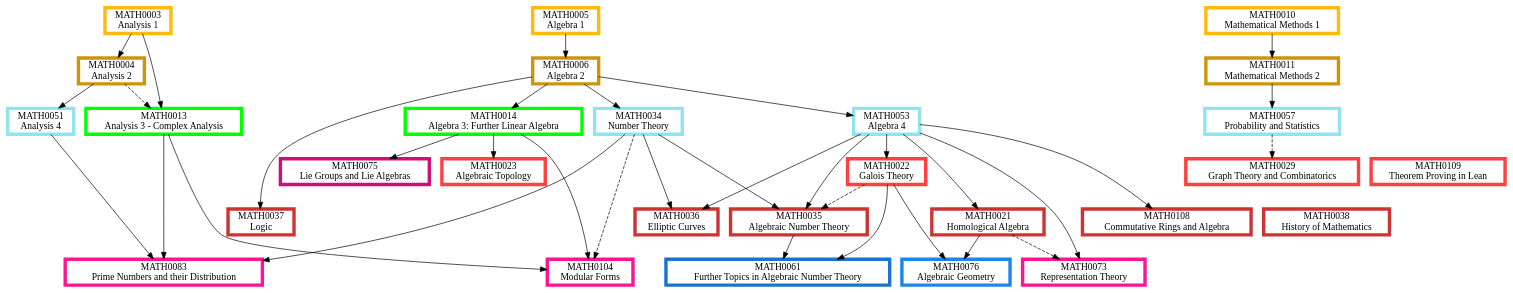
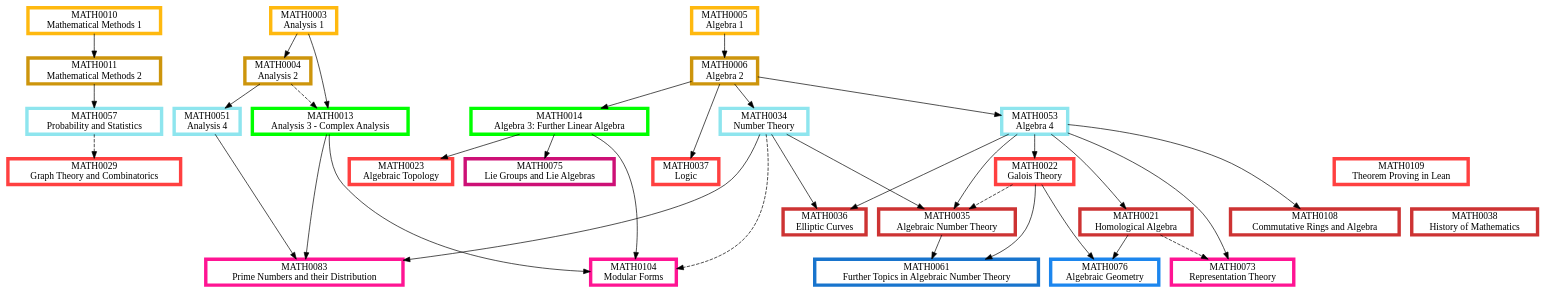
Before and after one commit to matthew-towers/pathways: the diagram in Algebra.dot, drawn with Graphviz. The commit also changed 13 other files, not shown here.

```diff
--- a/Algebra.dot
+++ b/Algebra.dot
@@ -1,123 +1,123 @@
 digraph {
 	node [fillcolor=white penwidth=5 shape=box style="filled,bold"]
 	subgraph "1.0 1" {
 		rank=same
-		MATH0003 [label="MATH0003
-Analysis 1" color=darkgoldenrod1 href="https://www.ucl.ac.uk/mathematical-physical-sciences/sites/mathematical_physical_sciences/files/math0003.pdf" tooltip="Year 1, term 1"]
 		MATH0010 [label="MATH0010
 Mathematical Methods 1" color=darkgoldenrod1 href="https://www.ucl.ac.uk/mathematical-physical-sciences/sites/mathematical_physical_sciences/files/math0010.pdf" tooltip="Year 1, term 1"]
+		MATH0003 [label="MATH0003
+Analysis 1" color=darkgoldenrod1 href="https://www.ucl.ac.uk/mathematical-physical-sciences/sites/mathematical_physical_sciences/files/2025-09/math0003.pdf" tooltip="Year 1, term 1"]
 		MATH0005 [label="MATH0005
-Algebra 1" color=darkgoldenrod1 href="https://www.ucl.ac.uk/mathematical-physical-sciences/sites/mathematical_physical_sciences/files/math0005.pdf" tooltip="Year 1, term 1"]
+Algebra 1" color=darkgoldenrod1 href="https://www.ucl.ac.uk/mathematical-physical-sciences/sites/mathematical_physical_sciences/files/2025-09/math0005 syllabus.pdf" tooltip="Year 1, term 1"]
 	}
+	MATH0005 -> MATH0006 [tooltip="required prerequisite"]
 	MATH0010 -> MATH0011 [tooltip="required prerequisite"]
-	MATH0005 -> MATH0006 [tooltip="required prerequisite"]
 	MATH0003 -> MATH0004 [tooltip="required prerequisite"]
 	subgraph "1.0 2" {
 		rank=same
-		MATH0011 [label="MATH0011
-Mathematical Methods 2" color=darkgoldenrod3 href="https://www.ucl.ac.uk/mathematical-physical-sciences/sites/mathematical_physical_sciences/files/math0011_2.pdf" tooltip="Year 1, term 2"]
 		MATH0006 [label="MATH0006
 Algebra 2" color=darkgoldenrod3 href="https://www.ucl.ac.uk/mathematical-physical-sciences/sites/mathematical_physical_sciences/files/math0006.pdf" tooltip="Year 1, term 2"]
+		MATH0011 [label="MATH0011
+Mathematical Methods 2" color=darkgoldenrod3 href="https://www.ucl.ac.uk/mathematical-physical-sciences/sites/mathematical_physical_sciences/files/math0011_3.pdf" tooltip="Year 1, term 2"]
 		MATH0004 [label="MATH0004
 Analysis 2" color=darkgoldenrod3 href="https://www.ucl.ac.uk/mathematical-physical-sciences/sites/mathematical_physical_sciences/files/math0004.pdf" tooltip="Year 1, term 2"]
 	}
+	MATH0006 -> MATH0014 [tooltip="required prerequisite"]
 	MATH0003 -> MATH0013 [tooltip="required prerequisite"]
 	MATH0004 -> MATH0013 [style=dashed tooltip="recommended prerequisite"]
-	MATH0006 -> MATH0014 [tooltip="required prerequisite"]
 	subgraph "2.0 1" {
 		rank=same
+		MATH0014 [label="MATH0014
+Algebra 3: Further Linear Algebra" color=green1 href="https://www.ucl.ac.uk/mathematical-physical-sciences/sites/mathematical_physical_sciences/files/2025-09/math0014_0.pdf" tooltip="Year 2, term 1"]
 		MATH0013 [label="MATH0013
-Analysis 3 - Complex Analysis" color=green1 href="https://www.ucl.ac.uk/mathematical-physical-sciences/sites/mathematical_physical_sciences/files/math0013.pdf" tooltip="Year 2, term 1"]
-		MATH0014 [label="MATH0014
-Algebra 3: Further Linear Algebra" color=green1 href="https://www.ucl.ac.uk/mathematical-physical-sciences/sites/mathematical_physical_sciences/files/math0014.pdf" tooltip="Year 2, term 1"]
+Analysis 3 - Complex Analysis" color=green1 href="https://www.ucl.ac.uk/mathematical-physical-sciences/sites/mathematical_physical_sciences/files/2025-09/math0013_0.pdf" tooltip="Year 2, term 1"]
 	}
 	MATH0004 -> MATH0051 [tooltip="required prerequisite"]
+	MATH0006 -> MATH0034 [tooltip="required prerequisite"]
 	MATH0006 -> MATH0053 [tooltip="required prerequisite"]
-	MATH0006 -> MATH0034 [tooltip="required prerequisite"]
 	MATH0011 -> MATH0057 [tooltip="required prerequisite"]
 	subgraph "2.5 2" {
 		rank=same
 		MATH0051 [label="MATH0051
 Analysis 4" color=cadetblue2 href="https://www.ucl.ac.uk/mathematical-physical-sciences/sites/mathematical_physical_sciences/files/math0051.pdf" tooltip="Year 2 or 3, term 2"]
+		MATH0034 [label="MATH0034
+Number Theory" color=cadetblue2 href="https://www.ucl.ac.uk/mathematical-physical-sciences/sites/mathematical_physical_sciences/files/math0034.pdf" tooltip="Year 2 or 3, term 2"]
 		MATH0053 [label="MATH0053
 Algebra 4" color=cadetblue2 href="https://www.ucl.ac.uk/mathematical-physical-sciences/sites/mathematical_physical_sciences/files/math0053.pdf" tooltip="Year 2 or 3, term 2"]
-		MATH0034 [label="MATH0034
-Number Theory" color=cadetblue2 href="https://www.ucl.ac.uk/mathematical-physical-sciences/sites/mathematical_physical_sciences/files/math0034.pdf" tooltip="Year 2 or 3, term 2"]
 		MATH0057 [label="MATH0057
 Probability and Statistics" color=cadetblue2 href="https://www.ucl.ac.uk/mathematical-physical-sciences/sites/mathematical_physical_sciences/files/math0057.pdf" tooltip="Year 2 or 3, term 2"]
 	}
+	MATH0006 -> MATH0037 [tooltip="required prerequisite"]
 	MATH0053 -> MATH0022 [tooltip="required prerequisite"]
 	MATH0014 -> MATH0023 [tooltip="required prerequisite"]
 	MATH0057 -> MATH0029 [style=dashed tooltip="recommended prerequisite"]
 	subgraph "3.0 1" {
 		rank=same
+		MATH0037 [label="MATH0037
+Logic" color=brown1 href="https://www.ucl.ac.uk/mathematical-physical-sciences/sites/mathematical_physical_sciences/files/math0037.pdf" tooltip="Year 3, term 1"]
 		MATH0022 [label="MATH0022
 Galois Theory" color=brown1 href="https://www.ucl.ac.uk/mathematical-physical-sciences/sites/mathematical_physical_sciences/files/math0022.pdf" tooltip="Year 3, term 1"]
-		MATH0023 [label="MATH0023
-Algebraic Topology" color=brown1 href="https://www.ucl.ac.uk/mathematical-physical-sciences/sites/mathematical_physical_sciences/files/math0023_1.pdf" tooltip="Year 3, term 1"]
 		MATH0109 [label="MATH0109
 Theorem Proving in Lean" color=brown1 href="https://www.ucl.ac.uk/mathematical-physical-sciences/sites/mathematical_physical_sciences/files/math0109.pdf" tooltip="Year 3, term 1"]
+		MATH0023 [label="MATH0023
+Algebraic Topology" color=brown1 href="https://www.ucl.ac.uk/mathematical-physical-sciences/sites/mathematical_physical_sciences/files/math0023_2.pdf" tooltip="Year 3, term 1"]
 		MATH0029 [label="MATH0029
 Graph Theory and Combinatorics" color=brown1 href="https://www.ucl.ac.uk/mathematical-physical-sciences/sites/mathematical_physical_sciences/files/math0029.pdf" tooltip="Year 3, term 1"]
 	}
-	MATH0006 -> MATH0037 [tooltip="required prerequisite"]
-	MATH0053 -> MATH0108 [tooltip="required prerequisite"]
+	MATH0053 -> MATH0021 [tooltip="required prerequisite"]
 	MATH0034 -> MATH0035 [tooltip="required prerequisite"]
 	MATH0053 -> MATH0035 [tooltip="required prerequisite"]
 	MATH0022 -> MATH0035 [style=dashed tooltip="recommended prerequisite"]
+	MATH0053 -> MATH0108 [tooltip="required prerequisite"]
 	MATH0034 -> MATH0036 [tooltip="required prerequisite"]
 	MATH0053 -> MATH0036 [tooltip="required prerequisite"]
-	MATH0053 -> MATH0021 [tooltip="required prerequisite"]
 	subgraph "3.0 2" {
 		rank=same
-		MATH0037 [label="MATH0037
-Logic" color=brown3 href="https://www.ucl.ac.uk/mathematical-physical-sciences/sites/mathematical_physical_sciences/files/math0037.pdf" tooltip="Year 3, term 2"]
+		MATH0021 [label="MATH0021
+Homological Algebra" color=brown3 href="https://www.ucl.ac.uk/mathematical-physical-sciences/sites/mathematical_physical_sciences/files/math0021.pdf" tooltip="Year 3, term 2"]
+		MATH0035 [label="MATH0035
+Algebraic Number Theory" color=brown3 href="https://www.ucl.ac.uk/mathematical-physical-sciences/sites/mathematical_physical_sciences/files/math0035.pdf" tooltip="Year 3, term 2"]
+		MATH0108 [label="MATH0108
+Commutative Rings and Algebra" color=brown3 href="https://www.ucl.ac.uk/mathematical-physical-sciences/sites/mathematical_physical_sciences/files/0108_0.pdf" tooltip="Year 3, term 2"]
 		MATH0038 [label="MATH0038
 History of Mathematics" color=brown3 href="https://www.ucl.ac.uk/mathematical-physical-sciences/sites/mathematical_physical_sciences/files/math0038.pdf" tooltip="Year 3, term 2"]
-		MATH0108 [label="MATH0108
-Commutative Rings and Algebra" color=brown3 href="https://www.ucl.ac.uk/mathematical-physical-sciences/sites/mathematical_physical_sciences/files/0108_0.pdf" tooltip="Year 3, term 2"]
-		MATH0035 [label="MATH0035
-Algebraic Number Theory" color=brown3 href="https://www.ucl.ac.uk/mathematical-physical-sciences/sites/mathematical_physical_sciences/files/math0035.pdf" tooltip="Year 3, term 2"]
 		MATH0036 [label="MATH0036
 Elliptic Curves" color=brown3 href="https://www.ucl.ac.uk/mathematical-physical-sciences/sites/mathematical_physical_sciences/files/math0036.pdf" tooltip="Year 3, term 2"]
-		MATH0021 [label="MATH0021
-Homological Algebra" color=brown3 href="https://www.ucl.ac.uk/mathematical-physical-sciences/sites/mathematical_physical_sciences/files/math0021.pdf" tooltip="Year 3, term 2"]
 	}
+	MATH0013 -> MATH0083 [tooltip="required prerequisite"]
+	MATH0051 -> MATH0083 [tooltip="required prerequisite"]
+	MATH0034 -> MATH0083 [tooltip="required prerequisite"]
 	MATH0053 -> MATH0073 [tooltip="required prerequisite"]
 	MATH0021 -> MATH0073 [style=dashed tooltip="recommended prerequisite"]
 	MATH0013 -> MATH0104 [tooltip="required prerequisite"]
 	MATH0014 -> MATH0104 [tooltip="required prerequisite"]
 	MATH0034 -> MATH0104 [style=dashed tooltip="recommended prerequisite"]
-	MATH0013 -> MATH0083 [tooltip="required prerequisite"]
-	MATH0051 -> MATH0083 [tooltip="required prerequisite"]
-	MATH0034 -> MATH0083 [tooltip="required prerequisite"]
 	subgraph "3.5 1" {
 		rank=same
+		MATH0083 [label="MATH0083
+Prime Numbers and their Distribution" color=deeppink1 href="https://www.ucl.ac.uk/mathematical-physical-sciences/sites/mathematical_physical_sciences/files/math0083.pdf" tooltip="Year 3 or 4, term 1"]
 		MATH0073 [label="MATH0073
 Representation Theory" color=deeppink1 href="https://www.ucl.ac.uk/mathematical-physical-sciences/sites/mathematical_physical_sciences/files/math0073.pdf" tooltip="Year 3 or 4, term 1"]
 		MATH0104 [label="MATH0104
 Modular Forms" color=deeppink1 href="https://www.ucl.ac.uk/mathematical-physical-sciences/sites/mathematical_physical_sciences/files/math0104_2.pdf" tooltip="Year 3 or 4, term 1"]
-		MATH0083 [label="MATH0083
-Prime Numbers and their Distribution" color=deeppink1 href="https://www.ucl.ac.uk/mathematical-physical-sciences/sites/mathematical_physical_sciences/files/math0083.pdf" tooltip="Year 3 or 4, term 1"]
 	}
 	MATH0014 -> MATH0075 [tooltip="required prerequisite"]
 	subgraph "3.5 2" {
 		rank=same
 		MATH0075 [label="MATH0075
-Lie Groups and Lie Algebras" color=deeppink3 href="https://www.ucl.ac.uk/mathematical-physical-sciences/sites/mathematical_physical_sciences/files/math0075_3.pdf" tooltip="Year 3 or 4, term 2"]
+Lie Groups and Lie Algebras" color=deeppink3 href="https://www.ucl.ac.uk/mathematical-physical-sciences/sites/mathematical_physical_sciences/files/math0075_2.pdf" tooltip="Year 3 or 4, term 2"]
 	}
 	MATH0021 -> MATH0076 [tooltip="required prerequisite"]
 	MATH0022 -> MATH0076 [tooltip="required prerequisite"]
 	subgraph "4.0 1" {
 		rank=same
 		MATH0076 [label="MATH0076
-Algebraic Geometry" color=dodgerblue2 href="https://www.ucl.ac.uk/mathematical-physical-sciences/sites/mathematical_physical_sciences/files/math0076_2.pdf" tooltip="Year 4, term 1"]
+Algebraic Geometry" color=dodgerblue2 href="https://www.ucl.ac.uk/mathematical-physical-sciences/sites/mathematical_physical_sciences/files/2025-09/math0076.pdf" tooltip="Year 4, term 1"]
 	}
 	MATH0035 -> MATH0061 [tooltip="required prerequisite"]
 	MATH0022 -> MATH0061 [tooltip="required prerequisite"]
 	subgraph "4 2" {
 		rank=same
 		MATH0061 [label="MATH0061
-Further Topics in Algebraic Number Theory" color=dodgerblue3 href="https://www.ucl.ac.uk/mathematical-physical-sciences/sites/mathematical_physical_sciences/files/math0061_0.pdf" tooltip="Year 4, term 2"]
+Further Topics in Algebraic Number Theory" color=dodgerblue3 href="https://www.ucl.ac.uk/mathematical-physical-sciences/sites/mathematical_physical_sciences/files/math0061_1.pdf" tooltip="Year 4, term 2"]
 	}
 }
```
